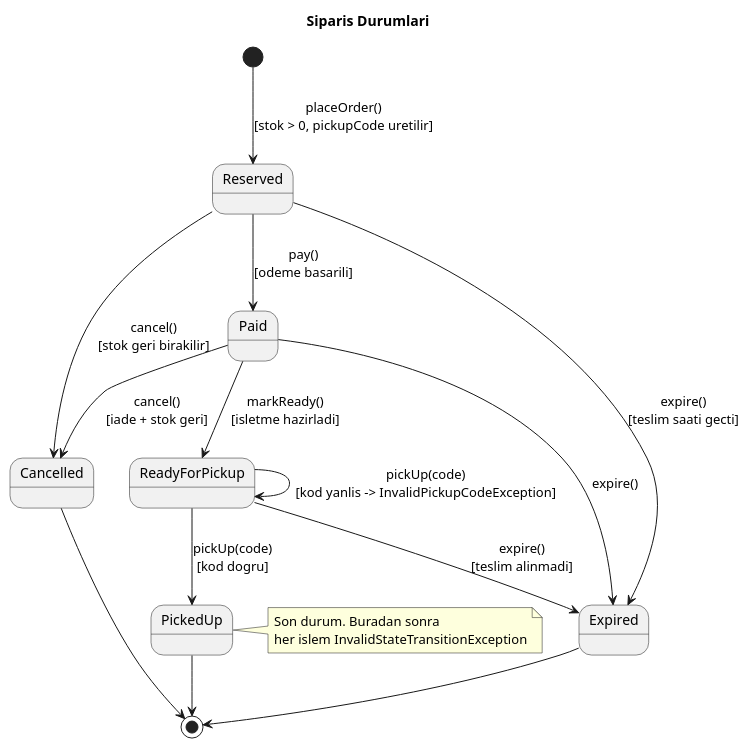
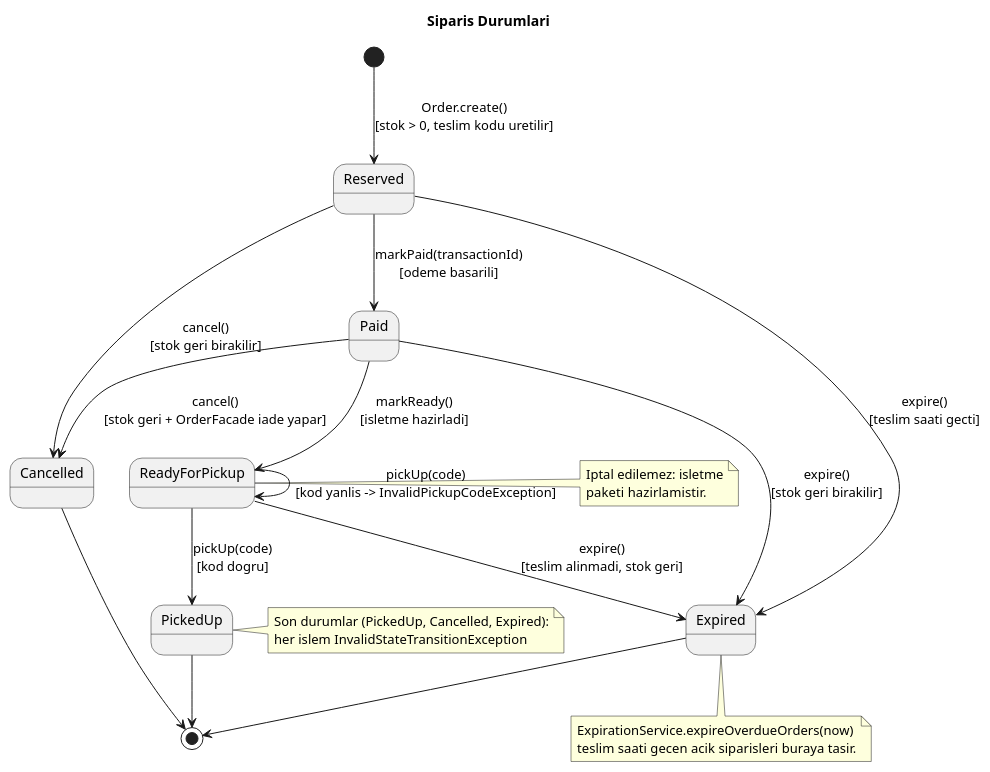
One commit to yesildagb63-rgb/artansepet changed the diagram in docs/order-states.puml. Above: the diagram before and after it, drawn with PlantUML. The commit also changed 19 other files, not shown here.

```diff
--- a/docs/order-states.puml
+++ b/docs/order-states.puml
@@ -1,27 +1,37 @@
 @startuml ArtanSepet_OrderStates
-' Siparis yasam dongusu (State pattern)
+' Siparis yasam dongusu (State pattern) - v1.0, 19 Kasim 2026
 title Siparis Durumlari
 
-[*] --> Reserved : placeOrder()\n[stok > 0, pickupCode uretilir]
+[*] --> Reserved : Order.create()\n[stok > 0, teslim kodu uretilir]
 
-Reserved --> Paid : pay()\n[odeme basarili]
+Reserved --> Paid : markPaid(transactionId)\n[odeme basarili]
 Reserved --> Cancelled : cancel()\n[stok geri birakilir]
 Reserved --> Expired : expire()\n[teslim saati gecti]
 
 Paid --> ReadyForPickup : markReady()\n[isletme hazirladi]
-Paid --> Cancelled : cancel()\n[iade + stok geri]
-Paid --> Expired : expire()
+Paid --> Cancelled : cancel()\n[stok geri + OrderFacade iade yapar]
+Paid --> Expired : expire()\n[stok geri birakilir]
 
 ReadyForPickup --> PickedUp : pickUp(code)\n[kod dogru]
 ReadyForPickup --> ReadyForPickup : pickUp(code)\n[kod yanlis -> InvalidPickupCodeException]
-ReadyForPickup --> Expired : expire()\n[teslim alinmadi]
+ReadyForPickup --> Expired : expire()\n[teslim alinmadi, stok geri]
 
 PickedUp --> [*]
 Cancelled --> [*]
 Expired --> [*]
 
+note right of ReadyForPickup
+  Iptal edilemez: isletme
+  paketi hazirlamistir.
+end note
+
 note right of PickedUp
-  Son durum. Buradan sonra
+  Son durumlar (PickedUp, Cancelled, Expired):
   her islem InvalidStateTransitionException
 end note
+
+note bottom of Expired
+  ExpirationService.expireOverdueOrders(now)
+  teslim saati gecen acik siparisleri buraya tasir.
+end note
 @enduml
```
